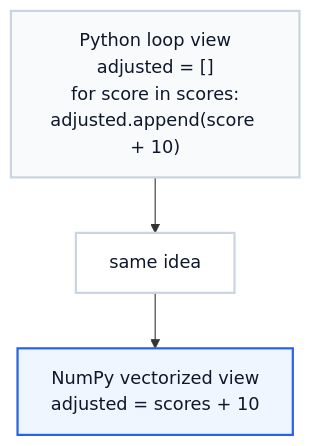
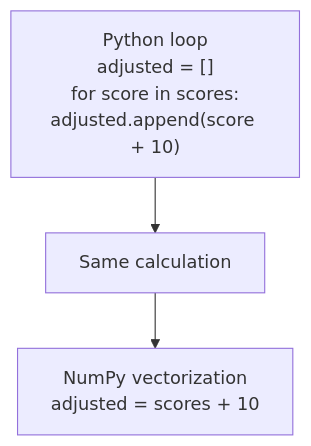
One commit to devchan64/AiBook changed the diagram in docs/assets/part-02/chapter-11/loop-to-vectorization-flow-en.mmd. Above: the diagram before and after it, drawn with Mermaid. The commit also changed 71 other files, not shown here.

```diff
--- a/docs/assets/part-02/chapter-11/loop-to-vectorization-flow-en.mmd
+++ b/docs/assets/part-02/chapter-11/loop-to-vectorization-flow-en.mmd
@@ -1,14 +1,4 @@
 flowchart TD
-    loop["Python loop view<br/>adjusted = []<br/>for score in scores:<br/>adjusted.append(score + 10)"]
-    bridge["same idea"]
-    vectorized["NumPy vectorized view<br/>adjusted = scores + 10"]
-
-    loop --> bridge --> vectorized
-
-    classDef loopBox fill:#f8fafc,stroke:#cbd5e1,stroke-width:2px,color:#0f172a;
-    classDef bridgeBox fill:#ffffff,stroke:#cbd5e1,stroke-width:2px,color:#0f172a;
-    classDef vectorBox fill:#eff6ff,stroke:#2563eb,stroke-width:2px,color:#0f172a;
-
-    class loop loopBox;
-    class bridge bridgeBox;
-    class vectorized vectorBox;
+    a["Python loop<br/>adjusted = []<br/>for score in scores:<br/>adjusted.append(score + 10)"]
+    a --> b["Same calculation"]
+    b --> c["NumPy vectorization<br/>adjusted = scores + 10"]
```
